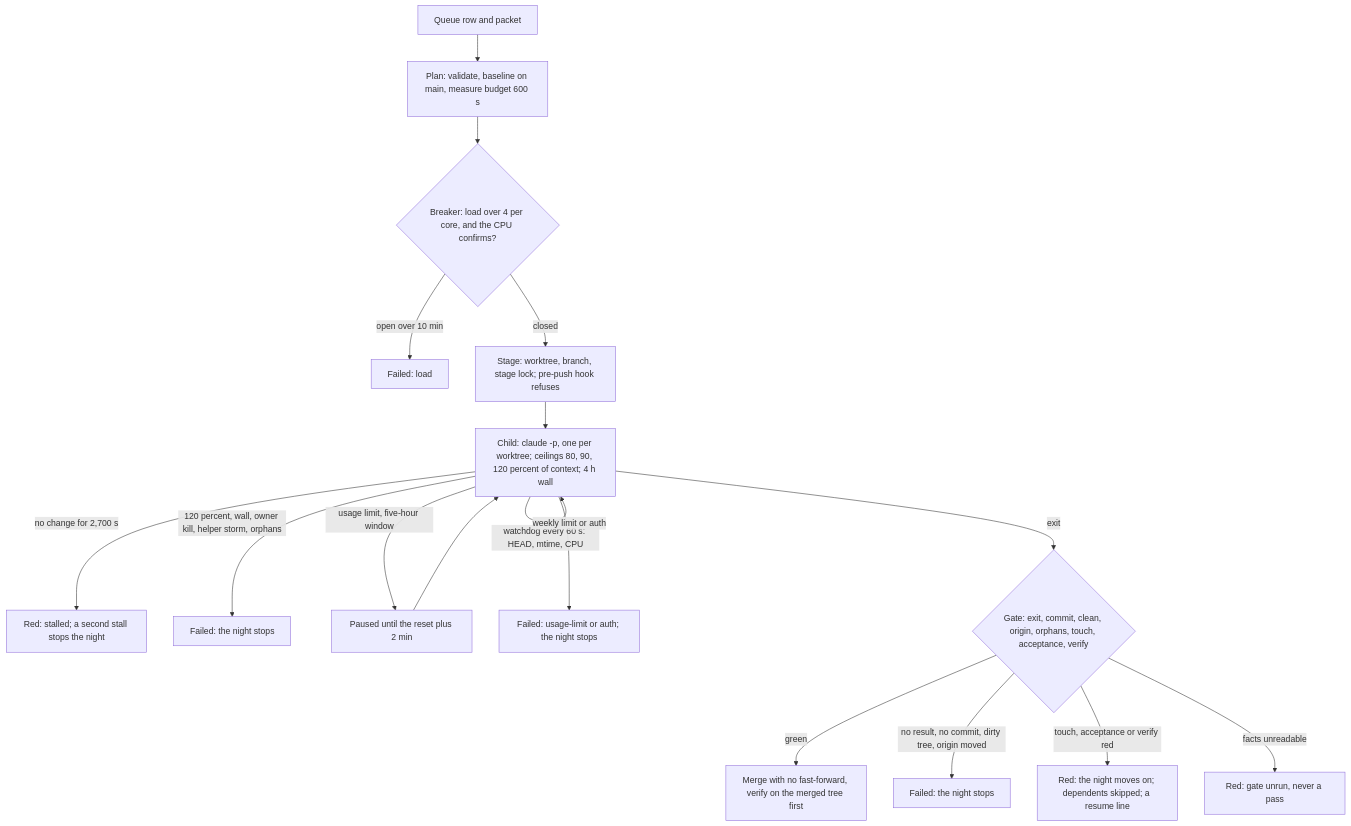
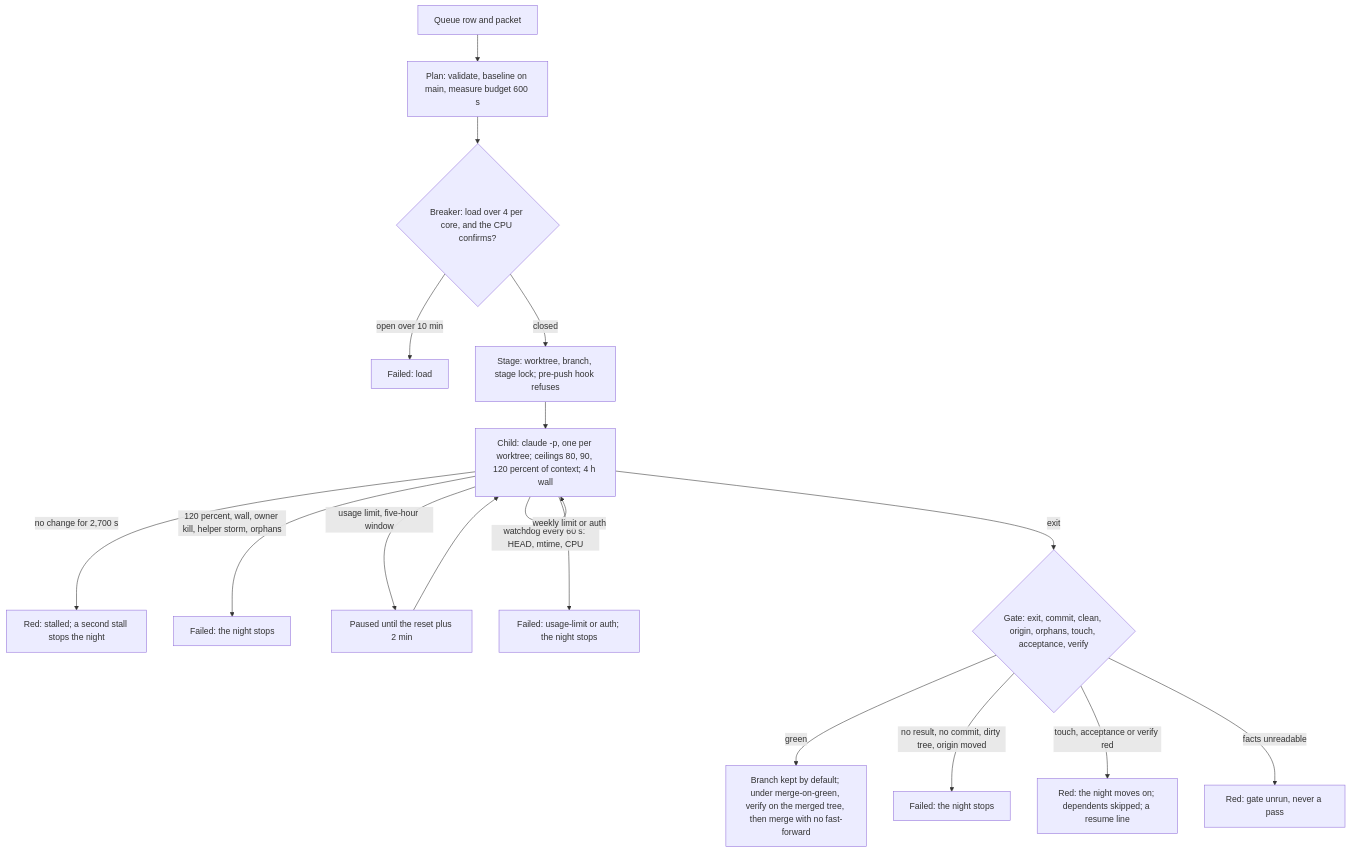
Before and after one commit to agentik-dev/agentik-research: the diagram in docs/tools/relay.md, drawn with Mermaid. The commit also changed other lines of this file and 1 other file, not shown here.

````diff
--- a/docs/tools/relay.md
+++ b/docs/tools/relay.md
@@ -20,18 +20,18 @@
 ```mermaid
 flowchart TD
   Q["Queue row and packet"] --> P["Plan: validate, baseline on main, measure budget 600 s"]
   P --> B{"Breaker: load over 4 per core, and the CPU confirms?"}
   B -->|"open over 10 min"| L["Failed: load"]
   B -->|"closed"| S["Stage: worktree, branch, stage lock; pre-push hook refuses"]
   S --> C["Child: claude -p, one per worktree; ceilings 80, 90, 120 percent of context; 4 h wall"]
   C -->|"watchdog every 60 s: HEAD, mtime, CPU"| C
   C -->|"no change for 2,700 s"| ST["Red: stalled; a second stall stops the night"]
   C -->|"120 percent, wall, owner kill, helper storm, orphans"| F["Failed: the night stops"]
   C -->|"usage limit, five-hour window"| PZ["Paused until the reset plus 2 min"] --> C
   C -->|"weekly limit or auth"| AS["Failed: usage-limit or auth; the night stops"]
   C -->|"exit"| G{"Gate: exit, commit, clean, origin, orphans, touch, acceptance, verify"}
-  G -->|"green"| M["Merge with no fast-forward, verify on the merged tree first"]
+  G -->|"green"| M["Branch kept by default; under merge-on-green, verify on the merged tree, then merge with no fast-forward"]
   G -->|"no result, no commit, dirty tree, origin moved"| SF["Failed: the night stops"]
   G -->|"touch, acceptance or verify red"| R["Red: the night moves on; dependents skipped; a resume line"]
   G -->|"facts unreadable"| U["Red: gate unrun, never a pass"]
 ```
````
